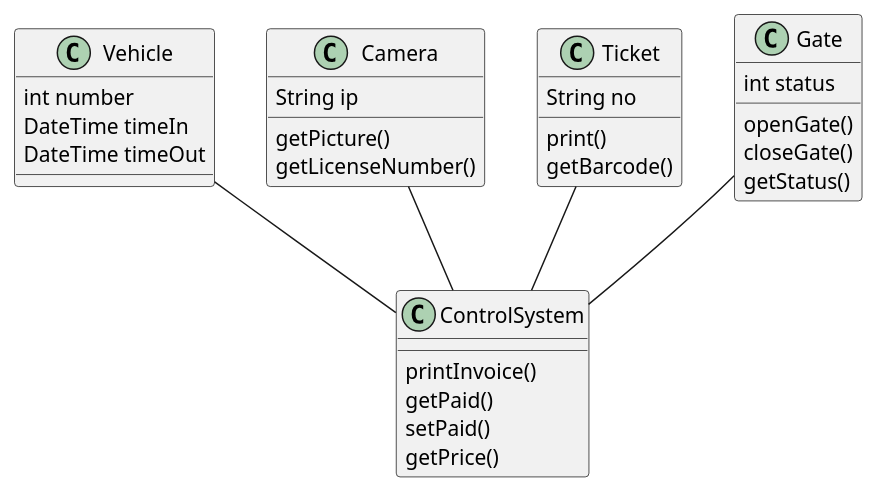
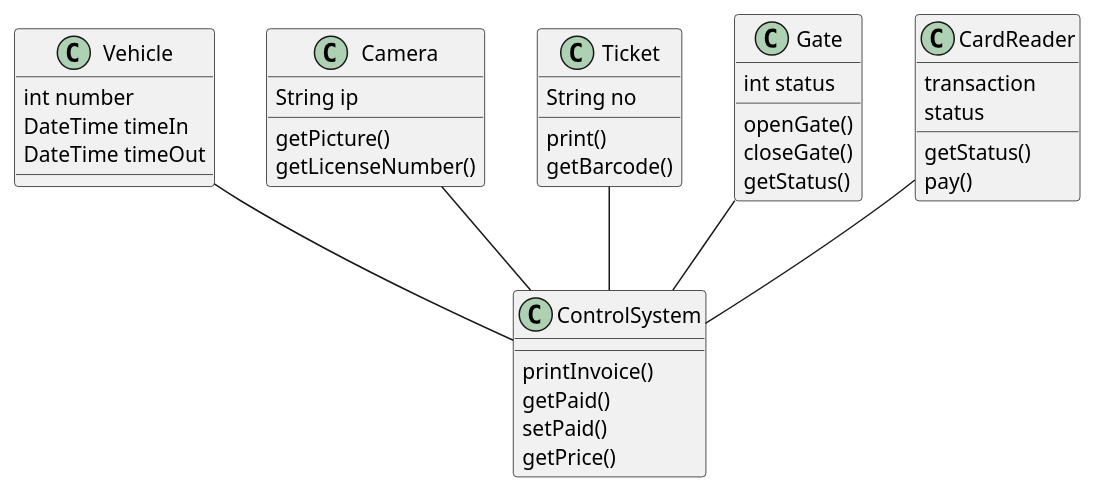
Before and after one commit to billymontolalu/thesis: the diagram in src/parkiran/case125.puml, drawn with PlantUML. The commit also changed 25 other files, not shown here.

```diff
--- a/src/parkiran/case125.puml
+++ b/src/parkiran/case125.puml
@@ -1,28 +1,34 @@
 @startuml
 Vehicle : int number
 Vehicle : DateTime timeIn
 Vehicle : DateTime timeOut
 
 Camera : String ip
 Camera : getPicture()
 Camera : getLicenseNumber()
 
 ControlSystem : printInvoice()
 ControlSystem : getPaid()
 ControlSystem : setPaid()
 ControlSystem : getPrice()
 
 Ticket : String no
 Ticket : print()
 Ticket : getBarcode()
 
 Gate : int status
 Gate : openGate()
 Gate : closeGate()
 Gate : getStatus()
 
+CardReader : transaction
+CardReader : status
+CardReader : getStatus()
+CardReader : pay()
+
 Camera -- ControlSystem
 Gate -- ControlSystem
 Ticket -- ControlSystem
 Vehicle -- ControlSystem
+CardReader -- ControlSystem
 @enduml
```
